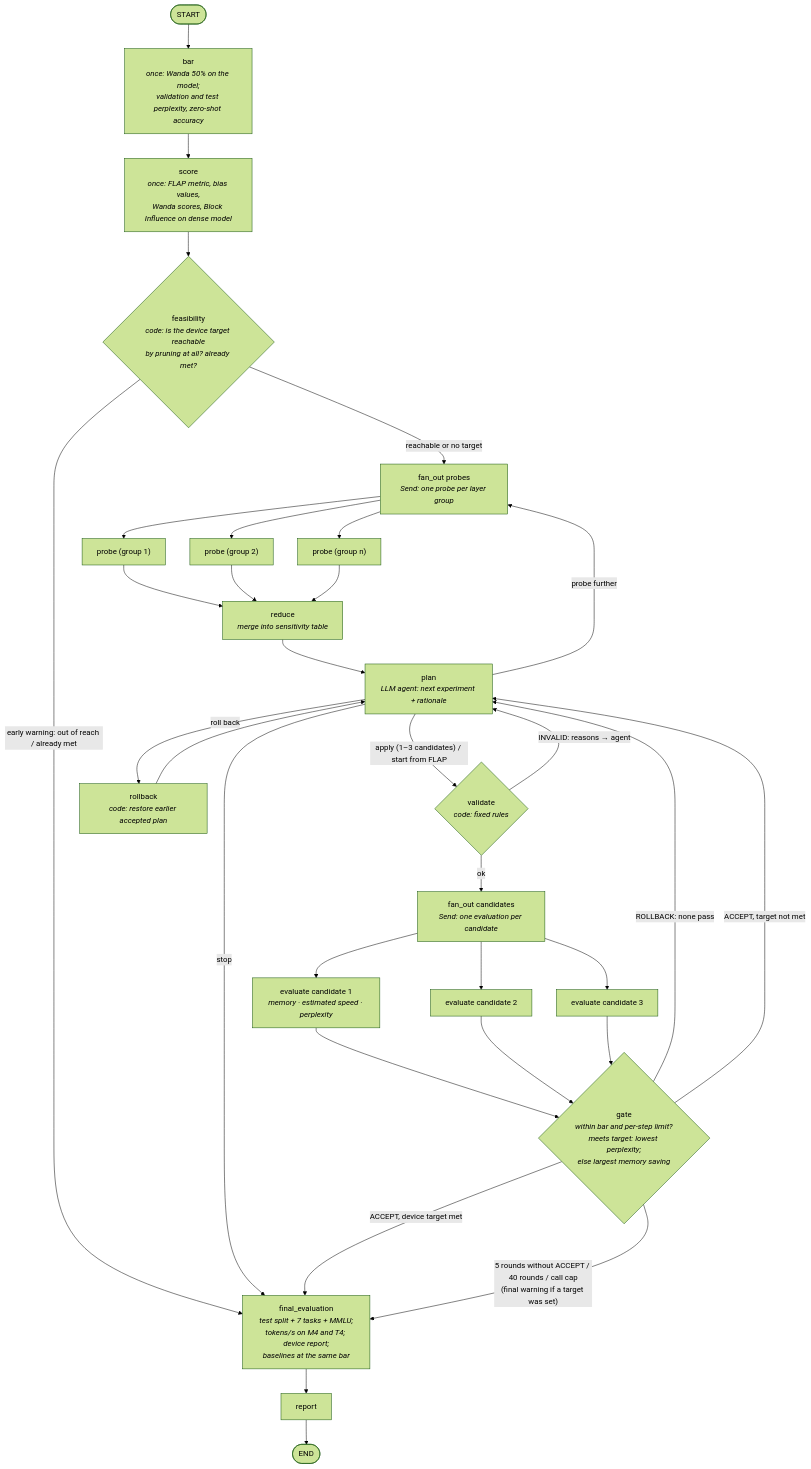
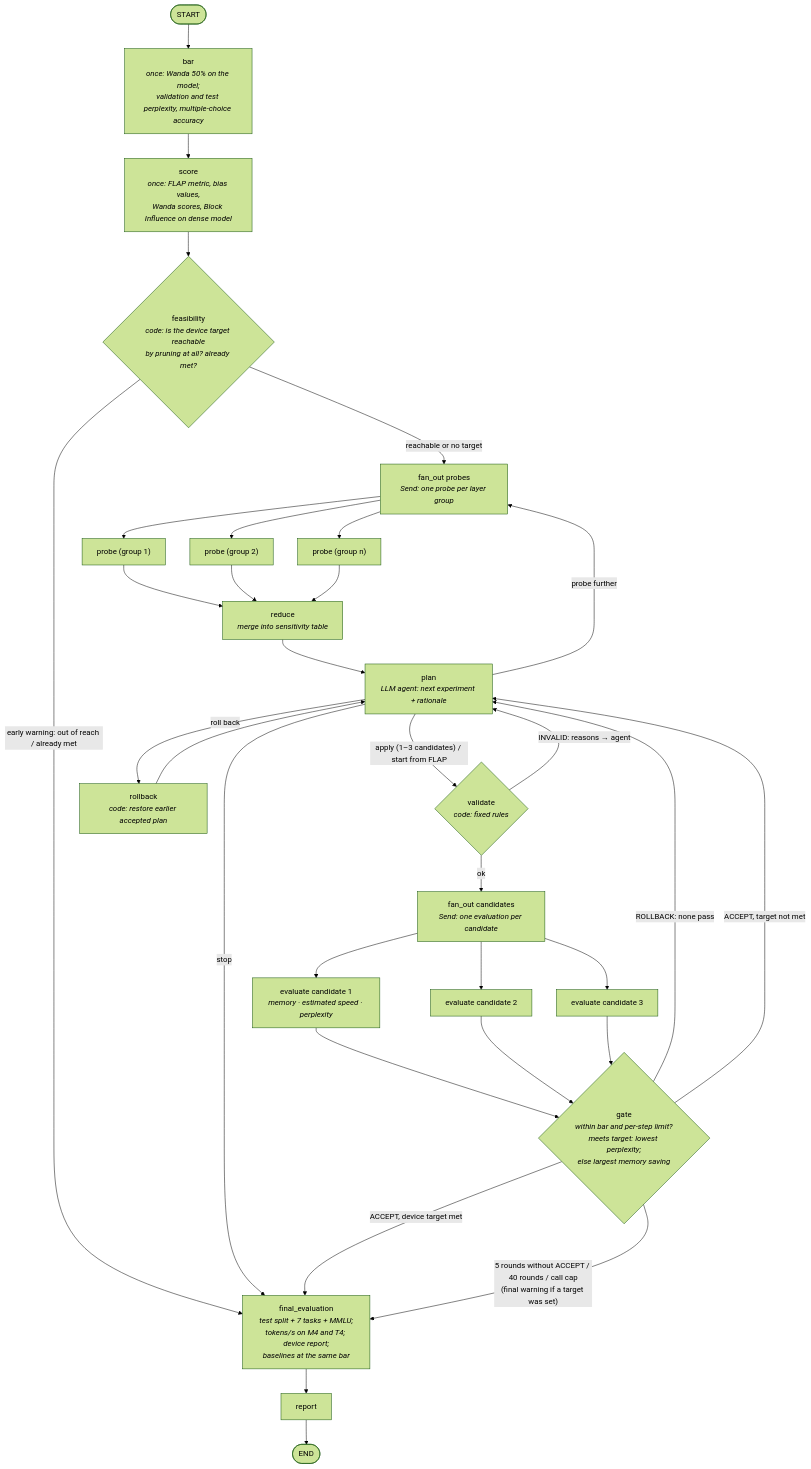
The third of 4 diagrams in ARCHITECTURE.md (stephxu96/pruneagent), drawn with Mermaid (forest theme) before and after one commit. The commit also changed other lines of this file and 4 other files, not shown here.

First line of the commit message:
Plain wording in docs: multiple-choice accuracy, calibration data, skipping unchanged early layers

````diff
--- a/ARCHITECTURE.md
+++ b/ARCHITECTURE.md
@@ -245,24 +245,24 @@
 ```mermaid
 flowchart TD
-    S([START]) --> BR["bar<br/><i>once: Wanda 50% on the model;<br/>validation and test perplexity, zero-shot accuracy</i>"]
+    S([START]) --> BR["bar<br/><i>once: Wanda 50% on the model;<br/>validation and test perplexity, multiple-choice accuracy</i>"]
     BR --> SC["score<br/><i>once: FLAP metric, bias values,<br/>Wanda scores, Block Influence on dense model</i>"]
     SC --> FE{"feasibility<br/><i>code: is the device target reachable<br/>by pruning at all? already met?</i>"}
     FE -- "early warning: out of reach / already met" --> FN
     FE -- "reachable or no target" --> FO["fan_out probes<br/><i>Send: one probe per layer group</i>"]
     FO --> PB1["probe (group 1)"] & PB2["probe (group 2)"] & PBN["probe (group n)"]
     PB1 & PB2 & PBN --> RD["reduce<br/><i>merge into sensitivity table</i>"]
     RD --> PL["plan<br/><i>LLM agent: next experiment + rationale</i>"]
     PL -- "probe further" --> FO
     PL -- "stop" --> FN
     PL -- "apply (1–3 candidates) / start from FLAP" --> VA{"validate<br/><i>code: fixed rules</i>"}
     PL -- "roll back" --> RB["rollback<br/><i>code: restore earlier accepted plan</i>"] --> PL
     VA -- "INVALID: reasons → agent" --> PL
     VA -- "ok" --> FC["fan_out candidates<br/><i>Send: one evaluation per candidate</i>"]
     FC --> E1["evaluate candidate 1<br/><i>memory · estimated speed · perplexity</i>"] & E2["evaluate candidate 2"] & E3["evaluate candidate 3"]
     E1 & E2 & E3 --> GT{"gate<br/><i>within bar and per-step limit?<br/>meets target: lowest perplexity;<br/>else largest memory saving</i>"}
     GT -- "ROLLBACK: none pass" --> PL
     GT -- "ACCEPT, target not met" --> PL
     GT -- "ACCEPT, device target met" --> FN
     GT -- "5 rounds without ACCEPT / 40 rounds / call cap<br/>(final warning if a target was set)" --> FN["final_evaluation<br/><i>test split + 7 tasks + MMLU;<br/>tokens/s on M4 and T4; device report;<br/>baselines at the same bar</i>"]
     FN --> RP["report"] --> E([END])
 ```
````
